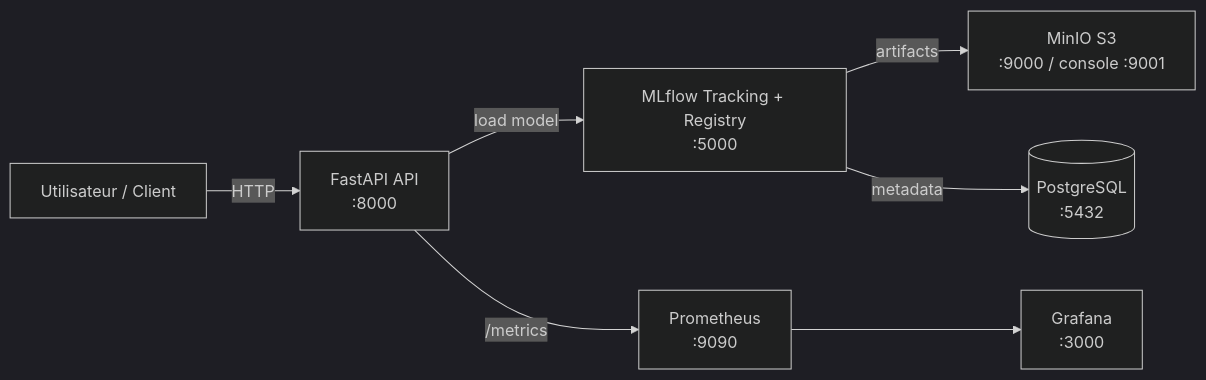
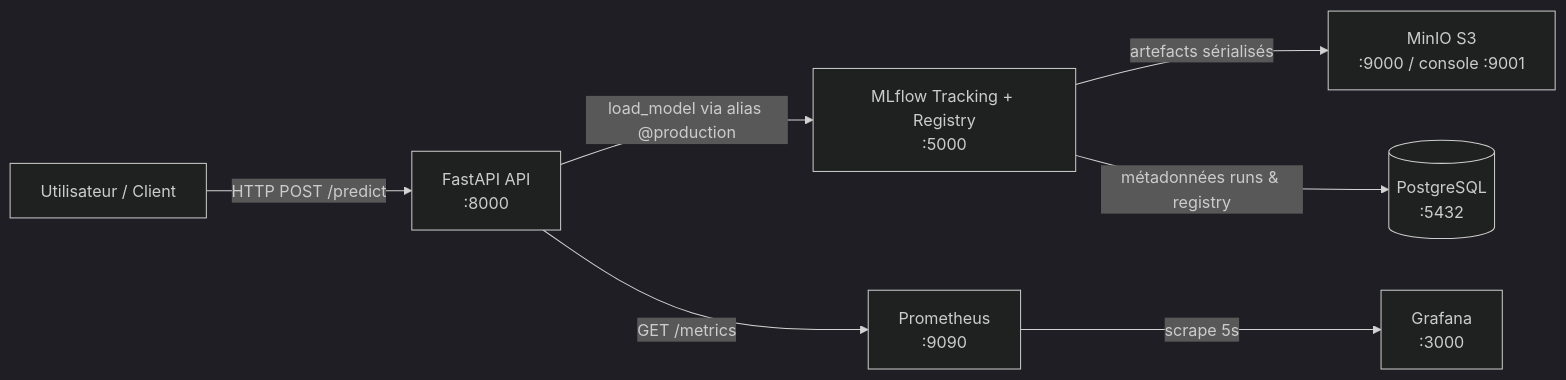
The diagram in docs/ARCHITECTURE.md (Momo3972/credit-default-mlops-pipeline), drawn with Mermaid (dark theme) before and after one commit. The commit also changed other lines of this file and 34 other files, not shown here.

````diff
--- a/docs/ARCHITECTURE.md
+++ b/docs/ARCHITECTURE.md
@@ -7,10 +7,10 @@
 ```mermaid
 flowchart LR
-  U[Utilisateur / Client] -->|HTTP| API[FastAPI API<br/>:8000]
-  API -->|load model| MLF[MLflow Tracking + Registry<br/>:5000]
-  MLF -->|artifacts| S3[MinIO S3<br/>:9000 / console :9001]
-  MLF -->|metadata| PG[(PostgreSQL<br/>:5432)]
+  U[Utilisateur / Client] -->|HTTP POST /predict| API[FastAPI API<br/>:8000]
+  API -->|load_model via alias @production| MLF[MLflow Tracking + Registry<br/>:5000]
+  MLF -->|artefacts sérialisés| S3[MinIO S3<br/>:9000 / console :9001]
+  MLF -->|métadonnées runs & registry| PG[(PostgreSQL<br/>:5432)]
 
-  API -->|/metrics| PROM[Prometheus<br/>:9090]
-  PROM --> GRAF[Grafana<br/>:3000]
+  API -->|GET /metrics| PROM[Prometheus<br/>:9090]
+  PROM -->|scrape 5s| GRAF[Grafana<br/>:3000]
 ```
````
